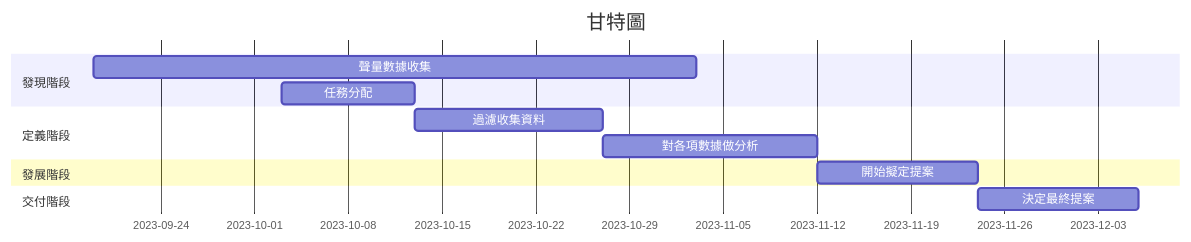
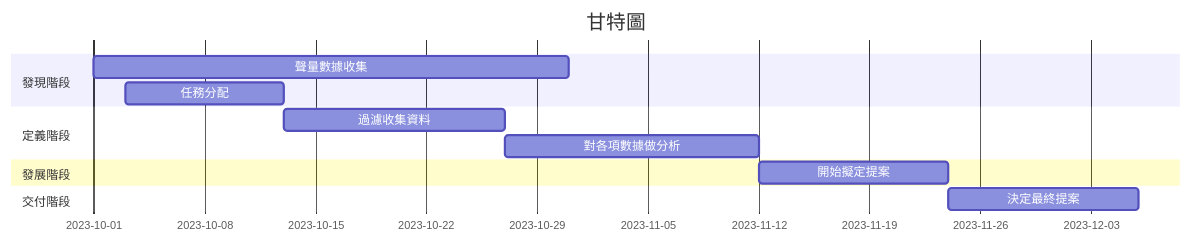
Before and after one commit to jacklin92/C110118220_hw2.md: the diagram in hw2.md, drawn with Mermaid.

````diff
--- a/hw2.md
+++ b/hw2.md
@@ -4,16 +4,16 @@
 ```mermaid
 gantt
     title 甘特圖
 
     section 發現階段
-    聲量數據收集:a1,2023-09-19, 45d
+    聲量數據收集:a1,2023-10-01, 30d
     任務分配:a2,2023-10-03,10d
     section 定義階段
     過濾收集資料:a3,after a2, 14d
     對各項數據做分析:a4,after a3, 16d
     section 發展階段
     開始擬定提案:a5,after a4,12d
     section 交付階段
     決定最終提案:a6,after a5,12d
     
 ```
````
